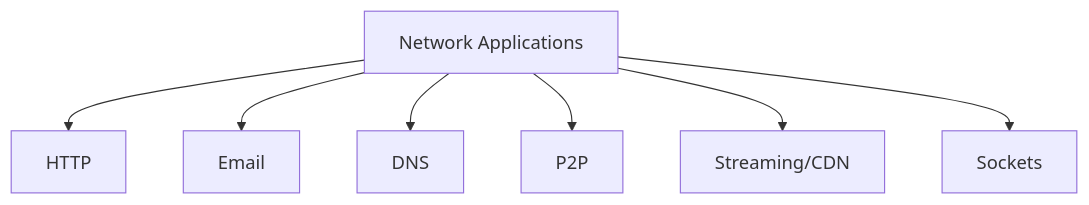
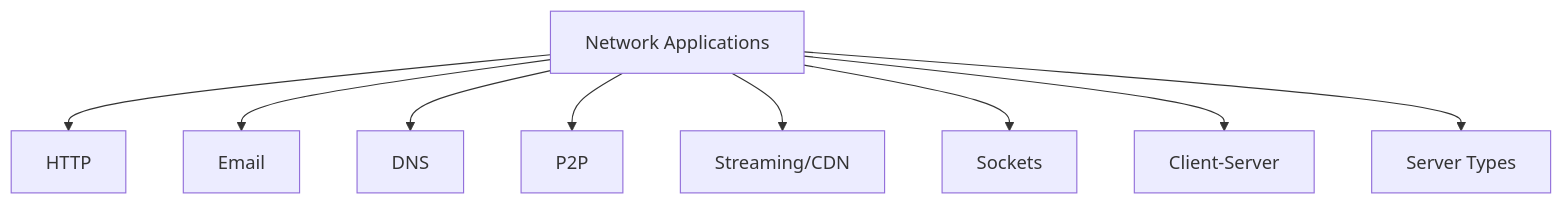
The diagram in ch2/2.8_Summary.md (Attash2312/cntheory), drawn with Mermaid before and after one commit. The commit also changed other lines of this file and 10 other files, not shown here.

````diff
--- a/ch2/2.8_Summary.md
+++ b/ch2/2.8_Summary.md
@@ -22,10 +28,12 @@
 ```mermaid
 graph TD
   A[Network Applications]
   A --> B[HTTP]
   A --> C[Email]
   A --> D[DNS]
   A --> E[P2P]
   A --> F[Streaming/CDN]
   A --> G[Sockets]
+  A --> H[Client-Server]
+  A --> I[Server Types]
 ```
````
